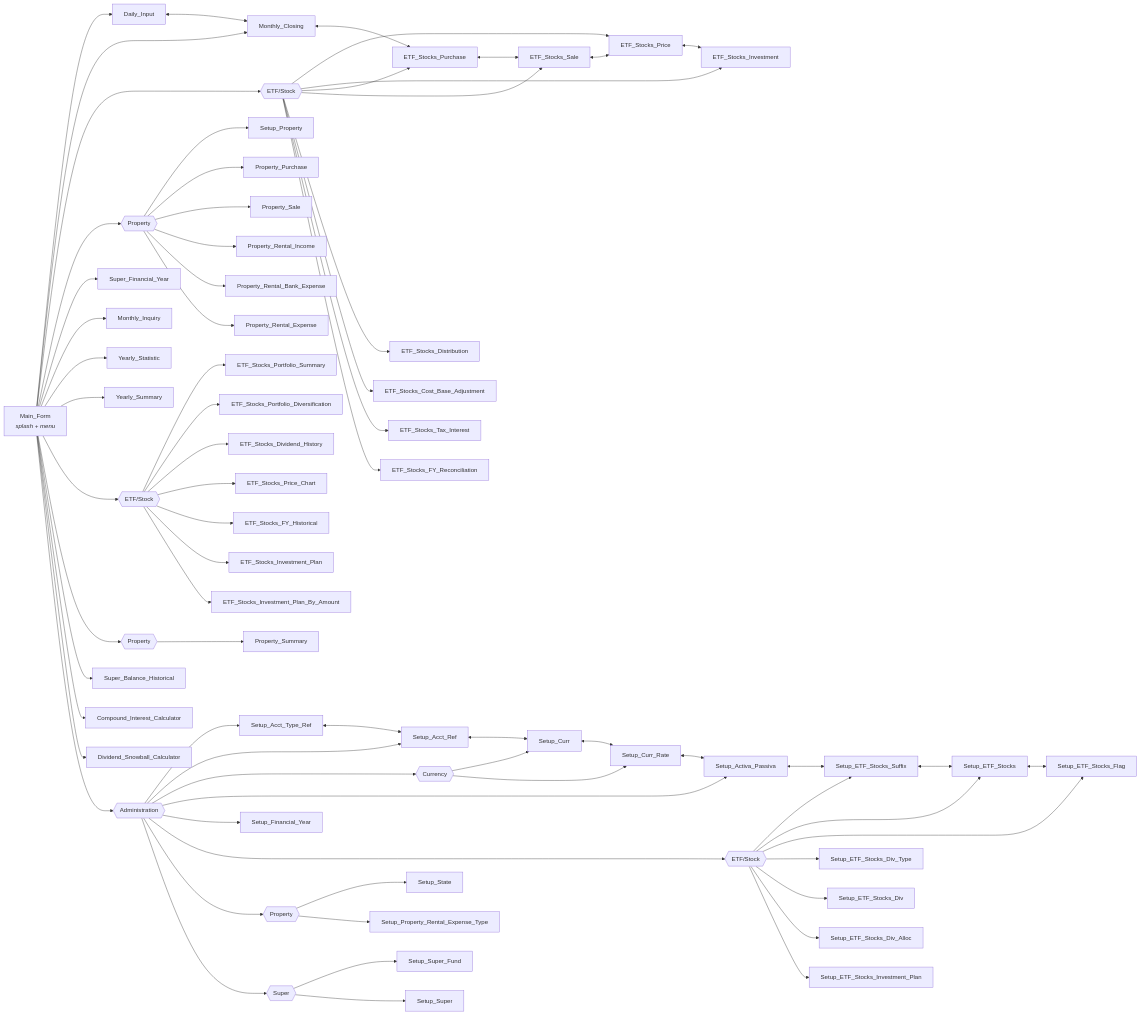
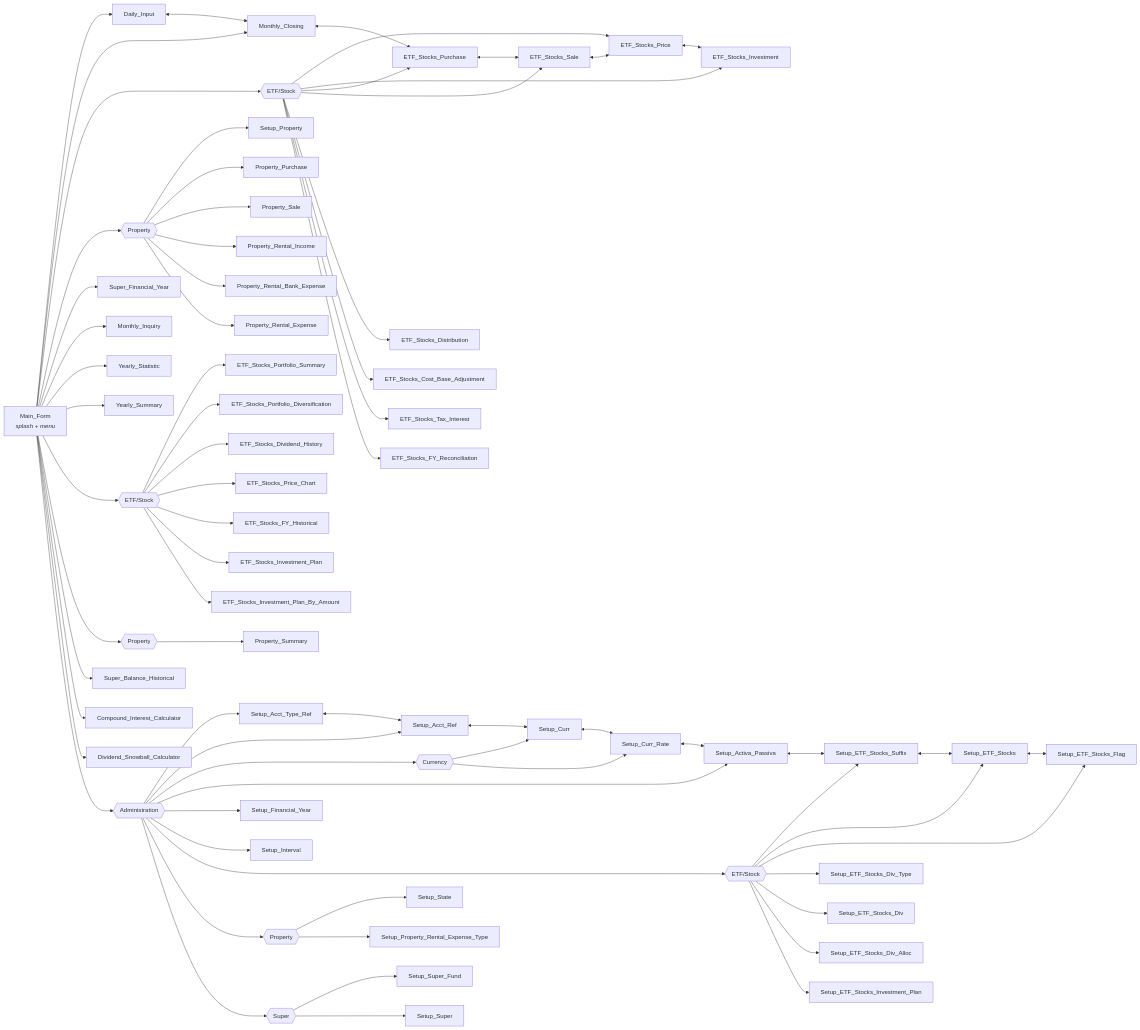
The second of 3 diagrams in README.md (oscar-rijadi/FinancialBalance), drawn with Mermaid before and after one commit. The commit also changed other lines of this file and 63 other files, not shown here.

Commit message:
Add setup Interval and add 2 new field in TblETFStocks

````diff
--- a/README.md
+++ b/README.md
@@ -110,77 +110,78 @@
 ```mermaid
 flowchart LR
     MAIN["Main_Form<br/><i>splash + menu</i>"]
 
     MAIN --> DI["Daily_Input"]
     MAIN --> MC["Monthly_Closing"]
     MAIN --> PETFG{{"ETF/Stock"}}
     PETFG --> ETP["ETF_Stocks_Price"]
     PETFG --> ETI["ETF_Stocks_Investment"]
     PETFG --> ETB["ETF_Stocks_Purchase"]
     PETFG --> ETS["ETF_Stocks_Sale"]
     PETFG --> ETD["ETF_Stocks_Distribution"]
     PETFG --> ECB["ETF_Stocks_Cost_Base_Adjustment"]
     PETFG --> ETI2["ETF_Stocks_Tax_Interest"]
     PETFG --> ETR["ETF_Stocks_FY_Reconciliation"]
     MAIN --> PPROPG{{"Property"}}
     PPROPG --> SPROP["Setup_Property"]
     PPROPG --> PPUR["Property_Purchase"]
     PPROPG --> PSAL["Property_Sale"]
     PPROPG --> PRI["Property_Rental_Income"]
     PPROPG --> PRBE["Property_Rental_Bank_Expense"]
     PPROPG --> PRE["Property_Rental_Expense"]
     MAIN --> SFYP["Super_Financial_Year"]
     MAIN --> MI["Monthly_Inquiry"]
     MAIN --> YT["Yearly_Statistic"]
     MAIN --> YS["Yearly_Summary"]
     MAIN --> PORTG{{"ETF/Stock"}}
     PORTG --> PSUM["ETF_Stocks_Portfolio_Summary"]
     PORTG --> PDIV["ETF_Stocks_Portfolio_Diversification"]
     PORTG --> PDVH["ETF_Stocks_Dividend_History"]
     PORTG --> PPCH["ETF_Stocks_Price_Chart"]
     PORTG --> PFYH["ETF_Stocks_FY_Historical"]
     PORTG --> PIVP["ETF_Stocks_Investment_Plan"]
     PORTG --> PIVA["ETF_Stocks_Investment_Plan_By_Amount"]
     MAIN --> IPROPG{{"Property"}}
     IPROPG --> PSMY["Property_Summary"]
     MAIN --> SBH["Super_Balance_Historical"]
     MAIN --> CIC["Compound_Interest_Calculator"]
     MAIN --> DSC["Dividend_Snowball_Calculator"]
 
     MAIN --> ADMIN{{"Administration"}}
     ADMIN --> SATR["Setup_Acct_Type_Ref"]
     ADMIN --> SAR["Setup_Acct_Ref"]
     ADMIN --> CURG{{"Currency"}}
     CURG --> SC["Setup_Curr"]
     CURG --> SCR["Setup_Curr_Rate"]
     ADMIN --> SAP["Setup_Activa_Passiva"]
     ADMIN --> SFY["Setup_Financial_Year"]
+    ADMIN --> SIV["Setup_Interval"]
     ADMIN --> ETFG{{"ETF/Stock"}}
     ETFG --> SES["Setup_ETF_Stocks_Suffix"]
     ETFG --> SET["Setup_ETF_Stocks"]
     ETFG --> SEF["Setup_ETF_Stocks_Flag"]
     ETFG --> SDT["Setup_ETF_Stocks_Div_Type"]
     ETFG --> SDV["Setup_ETF_Stocks_Div"]
     ETFG --> SDA["Setup_ETF_Stocks_Div_Alloc"]
     ETFG --> SIP["Setup_ETF_Stocks_Investment_Plan"]
     ADMIN --> PROPG{{"Property"}}
     PROPG --> SST["Setup_State"]
     PROPG --> SPRET["Setup_Property_Rental_Expense_Type"]
     ADMIN --> SUPG{{"Super"}}
     SUPG --> SSF["Setup_Super_Fund"]
     SUPG --> SSU["Setup_Super"]
 
     DI <--> MC
     MC <--> ETB
     ETB <--> ETS
     ETS <--> ETP
     ETP <--> ETI
 
     SATR <--> SAR
     SAR <--> SC
     SC <--> SCR
     SCR <--> SAP
     SAP <--> SES
     SES <--> SET
     SET <--> SEF
 ```
````
